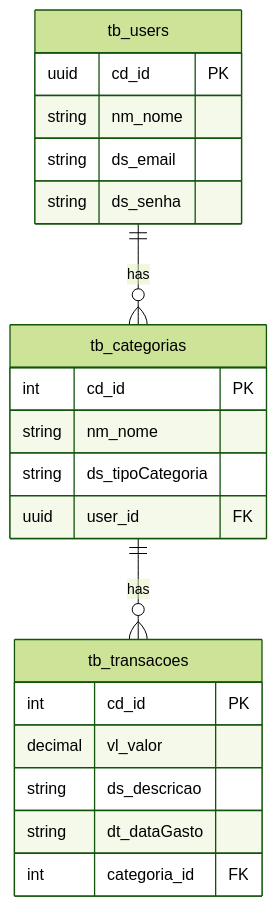
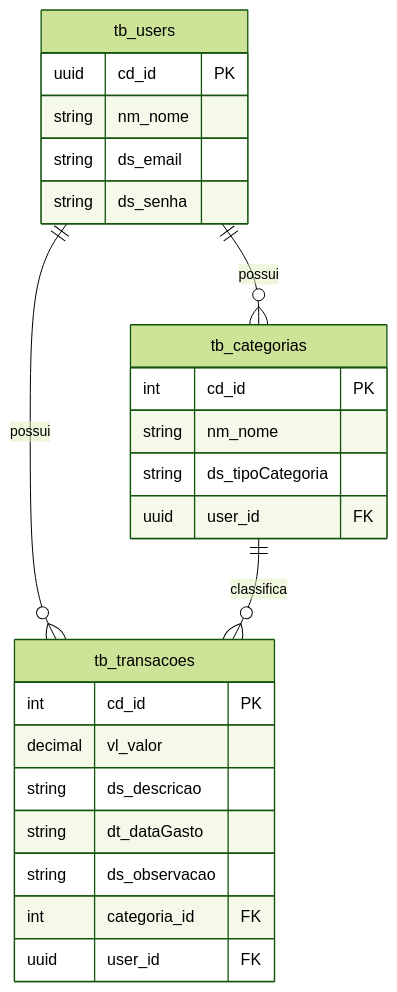
One commit to Kaueroch/Prisma changed the third of 3 diagrams in README.md. Above: the diagram before and after it, drawn with Mermaid (forest theme). The commit also changed other lines of this file and 13 other files, not shown here.

````diff
--- a/README.md
+++ b/README.md
@@ -110,24 +154,27 @@
 ```mermaid
 erDiagram
-  tb_users ||--o{ tb_categorias : "has"
-  tb_categorias ||--o{ tb_transacoes : "has"
+  tb_users ||--o{ tb_categorias : "possui"
+  tb_users ||--o{ tb_transacoes : "possui"
+  tb_categorias ||--o{ tb_transacoes : "classifica"
   tb_users {
     uuid cd_id PK
     string nm_nome
     string ds_email
     string ds_senha
   }
   tb_categorias {
     int cd_id PK
     string nm_nome
     string ds_tipoCategoria
     uuid user_id FK
   }
   tb_transacoes {
     int cd_id PK
     decimal vl_valor
     string ds_descricao
     string dt_dataGasto
+    string ds_observacao
     int categoria_id FK
+    uuid user_id FK
   }
 ```
````
